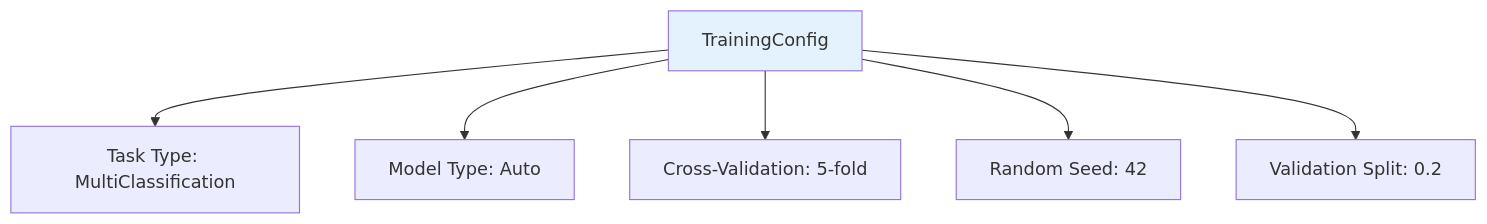
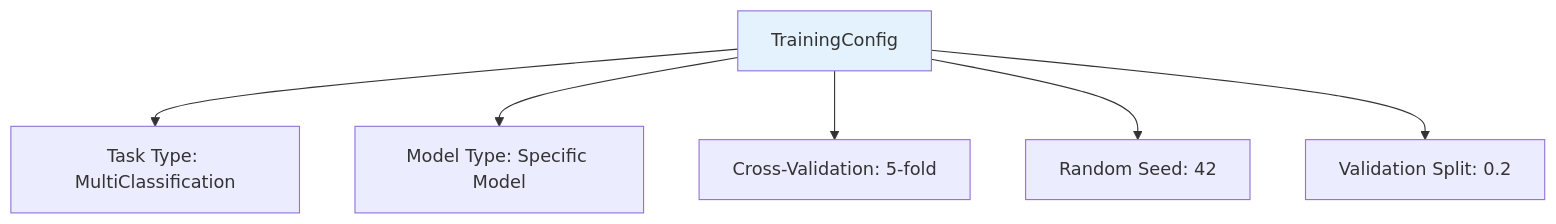
One commit to Evintkoo/2048-ml changed the fifth of 8 diagrams in plan/05-Model/02-Training/01-training-pipeline.md. Above: the diagram before and after it, drawn with Mermaid. The commit also changed other lines of this file and 4 other files, not shown here.

````diff
--- a/plan/05-Model/02-Training/01-training-pipeline.md
+++ b/plan/05-Model/02-Training/01-training-pipeline.md
@@ -83,11 +83,11 @@
 ```mermaid
 flowchart TB
     Config[TrainingConfig]
     Config --> Task[Task Type: MultiClassification]
-    Config --> Model[Model Type: Auto]
+    Config --> Model[Model Type: Specific Model]
     Config --> CV[Cross-Validation: 5-fold]
     Config --> Seed[Random Seed: 42]
     Config --> Split[Validation Split: 0.2]
     
     style Config fill:#e3f2fd
 ```
````
